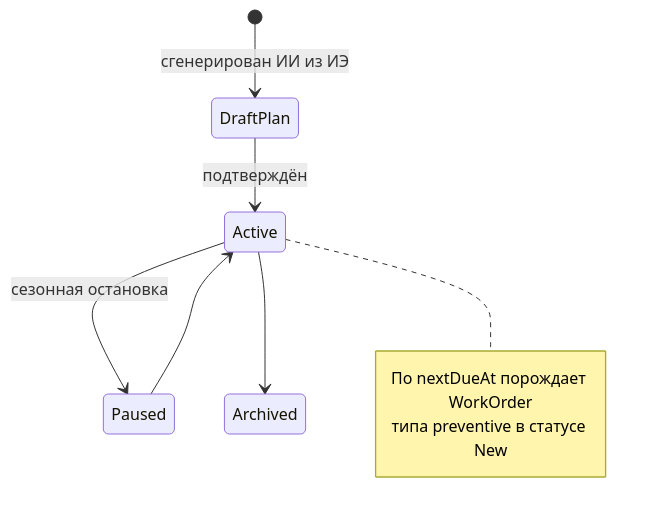
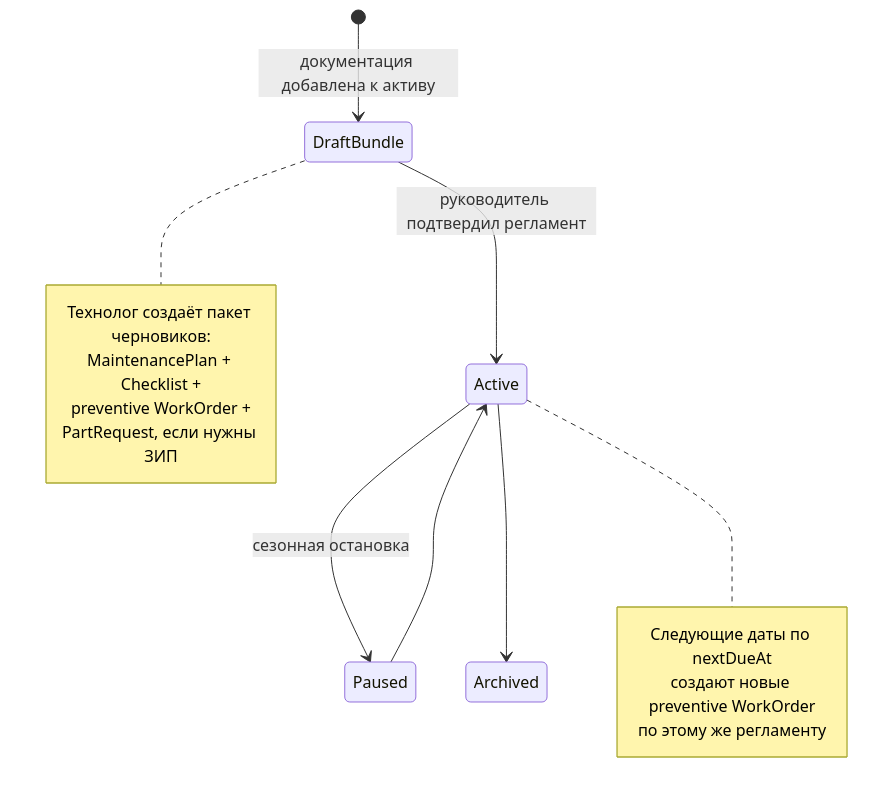
The fourth of 8 diagrams in TOIR_AI_SYSTEM_DESIGN.md (masterdoc-app/masterdoc), drawn with Mermaid before and after one commit. The commit also changed other lines of this file, not shown here.

Commit message:
Link planned work orders with spare part requests generated by Technologist on document attach

````diff
--- a/TOIR_AI_SYSTEM_DESIGN.md
+++ b/TOIR_AI_SYSTEM_DESIGN.md
@@ -264,12 +271,19 @@
 ```mermaid
 stateDiagram-v2
-  [*] --> DraftPlan: сгенерирован ИИ из ИЭ
-  DraftPlan --> Active: подтверждён
+  [*] --> DraftBundle: документация добавлена к активу
+  DraftBundle --> Active: руководитель подтвердил регламент
   Active --> Paused: сезонная остановка
   Paused --> Active
   Active --> Archived
+  note right of DraftBundle
+    Технолог создаёт пакет черновиков:
+    MaintenancePlan + Checklist +
+    preventive WorkOrder +
+    PartRequest, если нужны ЗИП
+  end note
   note right of Active
-    По nextDueAt порождает WorkOrder
-    типа preventive в статусе New
+    Следующие даты по nextDueAt
+    создают новые preventive WorkOrder
+    по этому же регламенту
   end note
 ```
````
